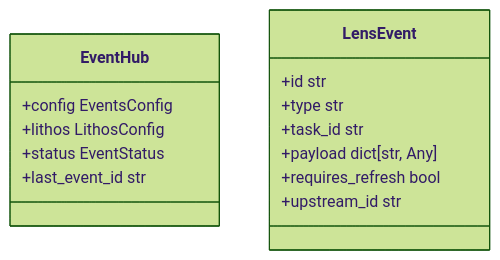
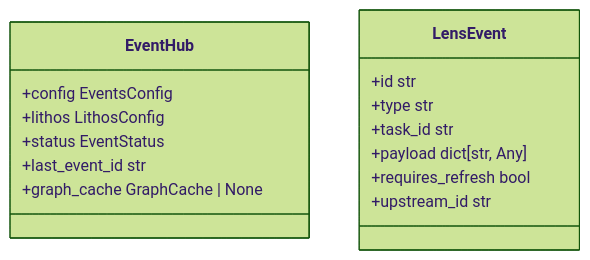
One commit to agent-lore/lithos-lens changed the first of 6 diagrams in docs/generated/domain_model.md. Above: the diagram before and after it, drawn with Mermaid (forest theme). The commit also changed other lines of this file and 35 other files, not shown here.

````diff
--- a/docs/generated/domain_model.md
+++ b/docs/generated/domain_model.md
@@ -8,17 +8,18 @@
 ```mermaid
 classDiagram
   class EventHub {
     +config EventsConfig
     +lithos LithosConfig
     +status EventStatus
     +last_event_id str
+    +graph_cache GraphCache | None
   }
   class LensEvent {
     +id str
     +type str
     +task_id str
     +payload dict[str, Any]
     +requires_refresh bool
     +upstream_id str
   }
 ```
````
